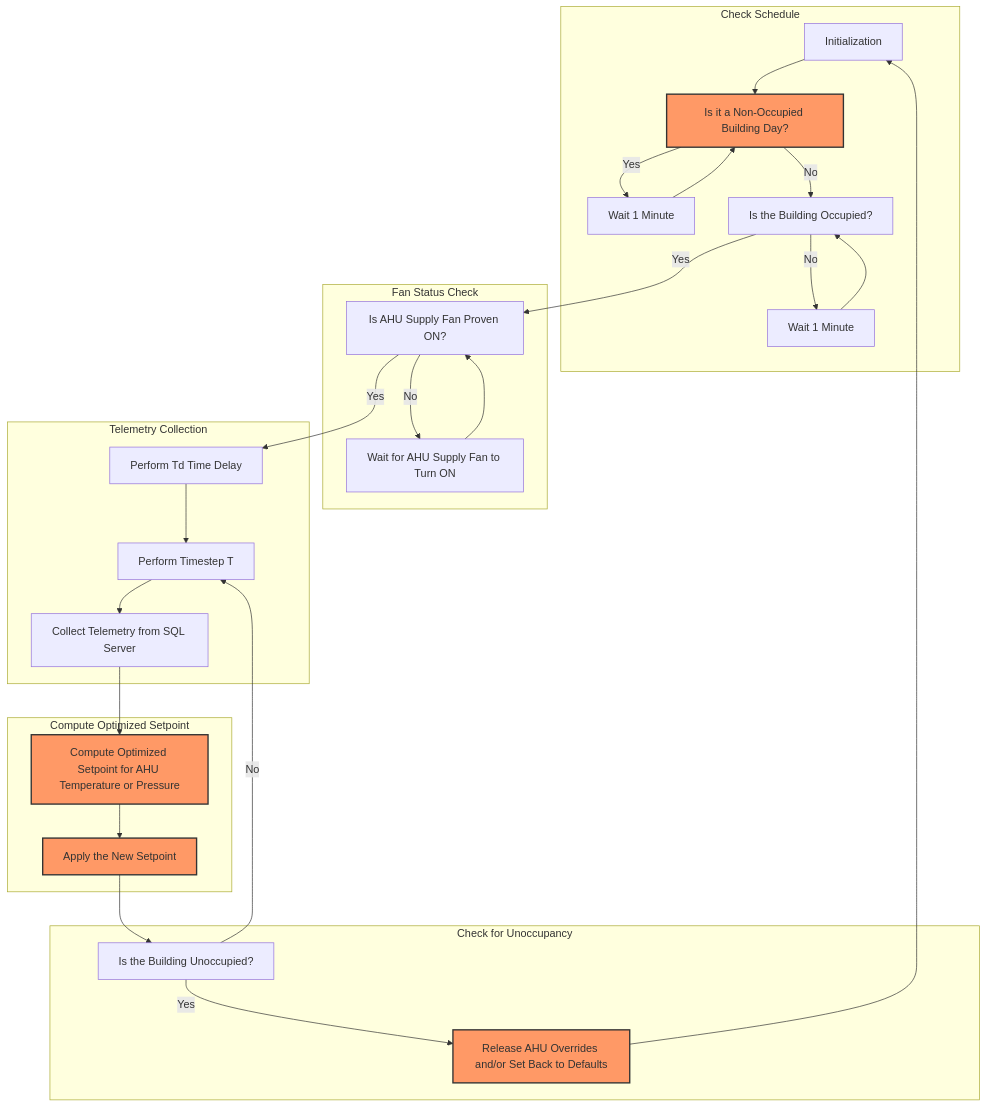
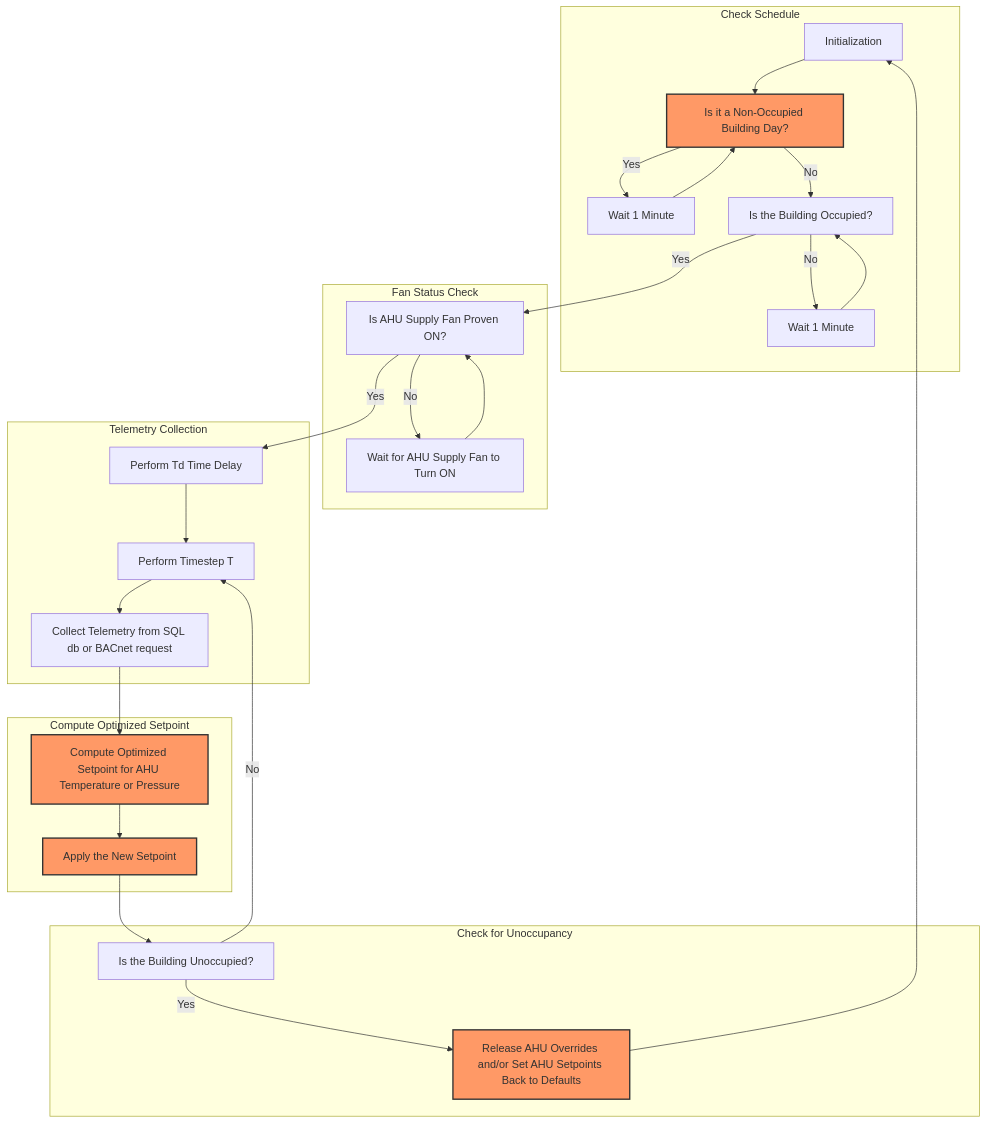
One commit to bbartling/OptimalStartStopHvac changed the diagram in AhuPressureSetpointReset/README.md. Above: the diagram before and after it, drawn with Mermaid. The commit also changed 2 other files, not shown here.

Commit message:
Mermaid update for opt sst

````diff
--- a/AhuPressureSetpointReset/README.md
+++ b/AhuPressureSetpointReset/README.md
@@ -5,51 +5,51 @@
 ```mermaid
 graph TD
 
 %% Check Schedule Subgraph
 subgraph CheckSchedule["Check Schedule"]
     Initialization[Initialization] --> NonWorkingDayCheck["Is it a Non-Occupied Building Day?"]
     NonWorkingDayCheck -->|Yes| WaitNonWorking["Wait 1 Minute"]
     WaitNonWorking --> NonWorkingDayCheck
     NonWorkingDayCheck -->|No| OccupancyCheck["Is the Building Occupied?"]
     OccupancyCheck -->|No| WaitForOccupancy["Wait 1 Minute"]
 end
 
 %% Fan Status Check Subgraph
 subgraph FanStatusCheck["Fan Status Check"]
     WaitForOccupancy --> OccupancyCheck
     OccupancyCheck -->|Yes| SupplyFanCheck["Is AHU Supply Fan Proven ON?"]
     SupplyFanCheck -->|No| WaitForFan["Wait for AHU Supply Fan to Turn ON"]
     WaitForFan --> SupplyFanCheck
 end
 
 %% Telemetry Collection Subgraph
 subgraph TelemetryCollection["Telemetry Collection"]
     SupplyFanCheck -->|Yes| TimeDelay["Perform Td Time Delay"]
     TimeDelay --> Timestep["Perform Timestep T"]
-    Timestep --> CollectTelemetry["Collect Telemetry from SQL Server"]
+    Timestep --> CollectTelemetry["Collect Telemetry from SQL db or BACnet request"]
 end
 
 %% Optimization Subgraph
 subgraph Optimization["Compute Optimized Setpoint"]
     CollectTelemetry --> OptimizeSetpoint["Compute Optimized Setpoint for AHU Temperature or Pressure"]
     OptimizeSetpoint --> ApplySetpoint["Apply the New Setpoint"]
 end
 
 %% Unoccupancy Check Subgraph
 subgraph UnoccupancyCheck["Check for Unoccupancy"]
     ApplySetpoint --> CheckUnoccupied["Is the Building Unoccupied?"]
-    CheckUnoccupied -->|Yes| ReleaseOverrides["Release AHU Overrides and/or Set Back to Defaults"]
+    CheckUnoccupied -->|Yes| ReleaseOverrides["Release AHU Overrides and/or Set AHU Setpoints Back to Defaults"]
     ReleaseOverrides --> Initialization
     CheckUnoccupied -->|No| Timestep
 end
 
 %% Notes
 OptimizeSetpoint:::note
 ApplySetpoint:::note
 ReleaseOverrides:::note
     classDef note fill:#f9f,stroke:#333,stroke-width:2px;
 
 %% Disabled During Unoccupied
 NonWorkingDayCheck:::note
     classDef note fill:#f96,stroke:#333,stroke-width:2px;
 ```
````
